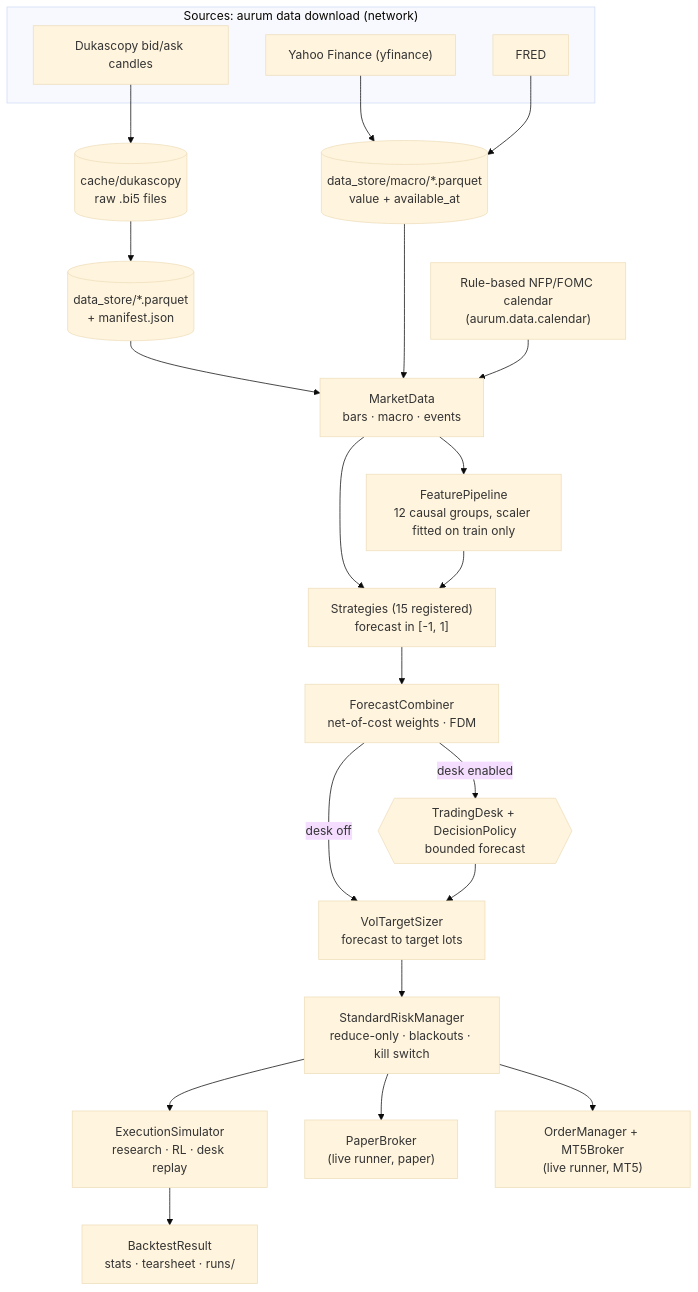
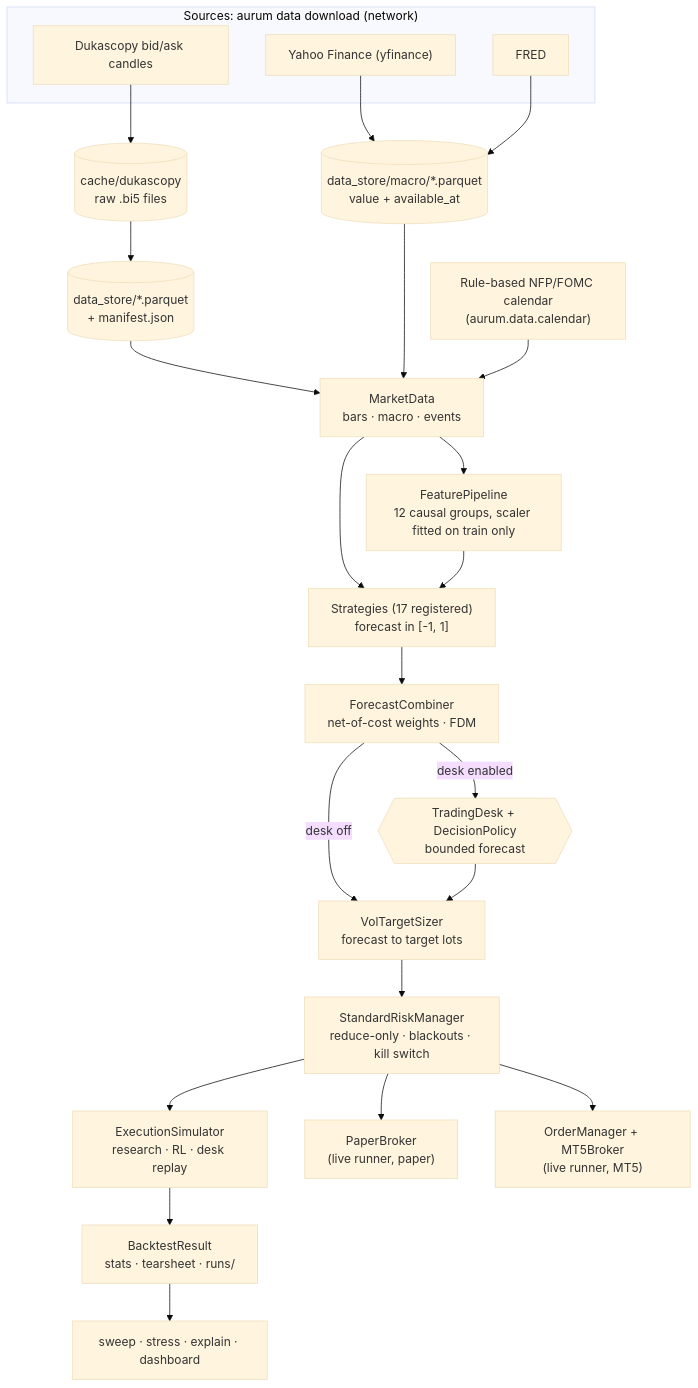
Before and after one commit to zero-was-here/tradingbot: the third of 6 diagrams in docs/architecture.md, drawn with Mermaid (base theme). The commit also changed other lines of this file and 302 other files, not shown here.

First line of the commit message:
Docs v2.1: math, diagrams and real-data figures for every algorithm

````diff
--- a/docs/architecture.md
+++ b/docs/architecture.md
@@ -40,28 +105,29 @@
 ```mermaid
 flowchart TD
   subgraph SRC["Sources: aurum data download (network)"]
     DK["Dukascopy bid/ask candles"]
     YH["Yahoo Finance (yfinance)"]
     FR["FRED"]
   end
   DK --> CACHE[("cache/dukascopy<br/>raw .bi5 files")]
   CACHE --> STORE[("data_store/*.parquet<br/>+ manifest.json")]
   YH --> MAC[("data_store/macro/*.parquet<br/>value + available_at")]
   FR --> MAC
   CAL["Rule-based NFP/FOMC calendar<br/>(aurum.data.calendar)"]
   STORE --> MD["MarketData<br/>bars · macro · events"]
   MAC --> MD
   CAL --> MD
   MD --> FP["FeaturePipeline<br/>12 causal groups, scaler fitted on train only"]
-  MD --> ST["Strategies (15 registered)<br/>forecast in [-1, 1]"]
+  MD --> ST["Strategies (17 registered)<br/>forecast in [-1, 1]"]
   FP --> ST
   ST --> CB["ForecastCombiner<br/>net-of-cost weights · FDM"]
   CB -->|"desk enabled"| DESK{{"TradingDesk + DecisionPolicy<br/>bounded forecast"}}
   CB -->|"desk off"| SZ["VolTargetSizer<br/>forecast to target lots"]
   DESK --> SZ
   SZ --> RM["StandardRiskManager<br/>reduce-only · blackouts · kill switch"]
   RM --> SIM["ExecutionSimulator<br/>research · RL · desk replay"]
   RM --> PB["PaperBroker<br/>(live runner, paper)"]
   RM --> OMS["OrderManager + MT5Broker<br/>(live runner, MT5)"]
   SIM --> RES["BacktestResult<br/>stats · tearsheet · runs/"]
+  RES --> AN["sweep · stress · explain · dashboard"]
 ```
````
